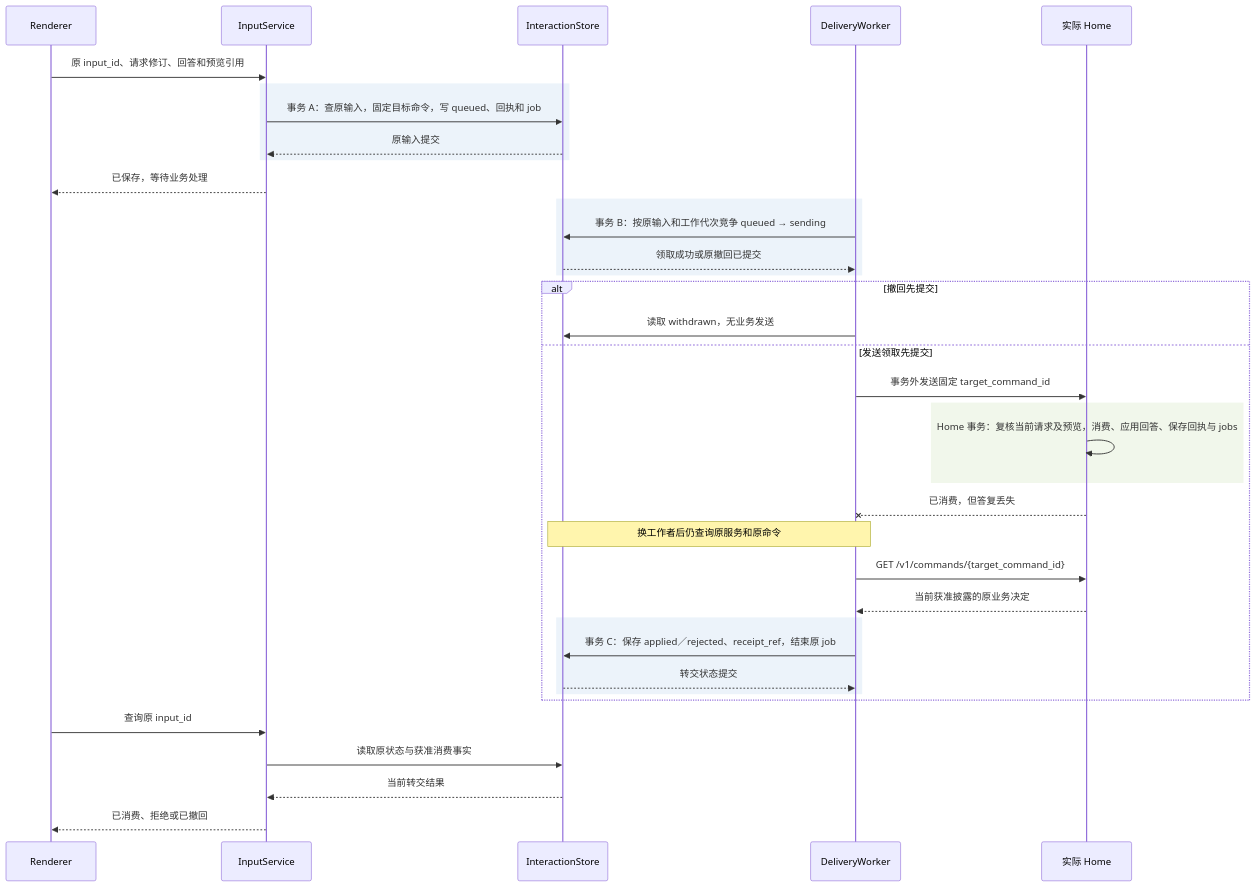
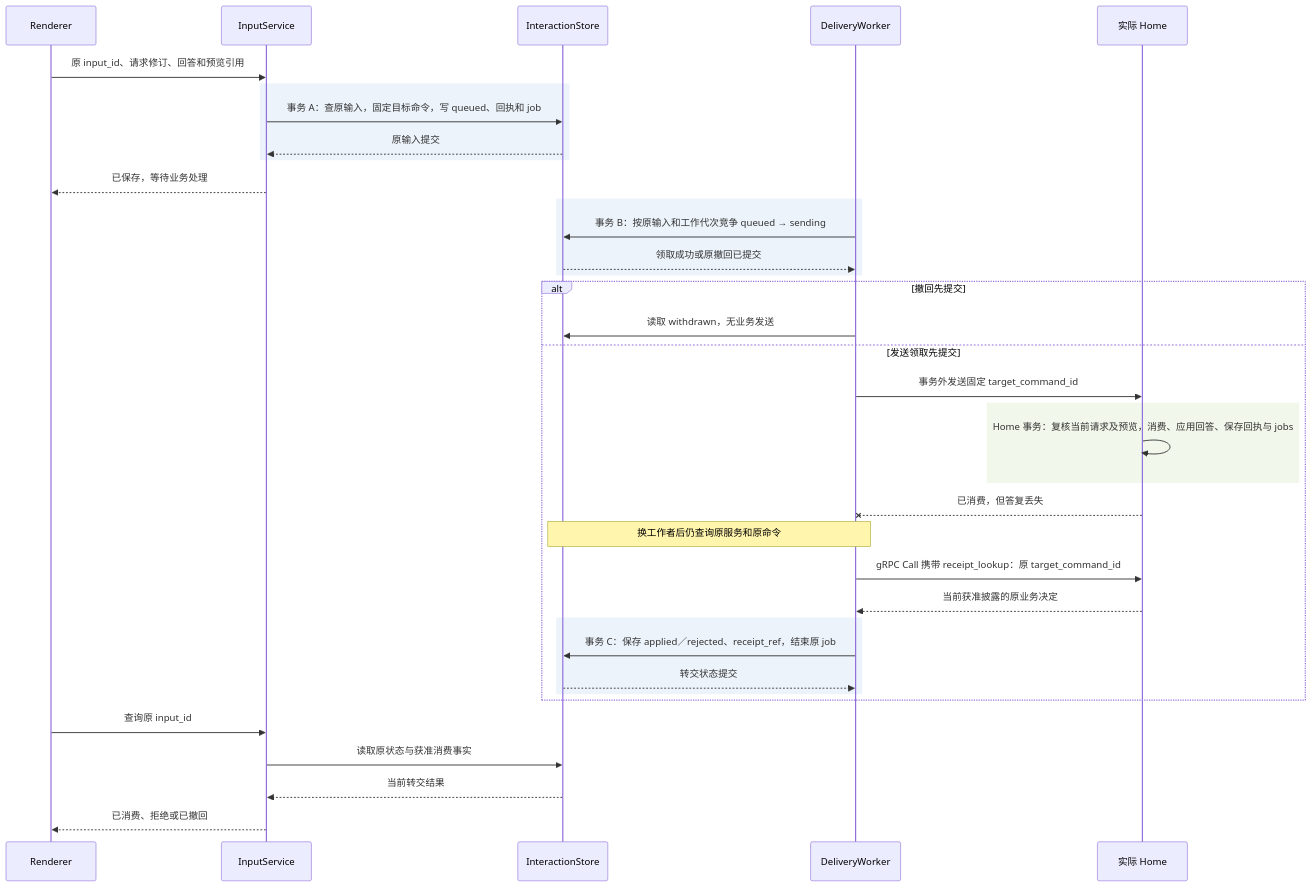
Before and after one commit to ruipengliu/lerna: the fifth of 5 diagrams in docs/architecture/interaction/implementation.md, drawn with Mermaid. The commit also changed other lines of this file and 103 other files, not shown here.

Commit message:
docs: expand architecture contracts and UML models

````diff
--- a/docs/architecture/interaction/implementation.md
+++ b/docs/architecture/interaction/implementation.md
@@ -286,38 +298,38 @@
 ```mermaid
 sequenceDiagram
     participant U as Renderer
     participant I as InputService
     participant S as InteractionStore
     participant W as DeliveryWorker
     participant H as 实际 Home
     U->>I: 原 input_id、请求修订、回答和预览引用
     rect rgb(236, 243, 250)
       I->>S: 事务 A：查原输入，固定目标命令，写 queued、回执和 job
       S-->>I: 原输入提交
     end
     I-->>U: 已保存，等待业务处理
     rect rgb(236, 243, 250)
       W->>S: 事务 B：按原输入和工作代次竞争 queued → sending
       S-->>W: 领取成功或原撤回已提交
     end
     alt 撤回先提交
       W->>S: 读取 withdrawn，无业务发送
     else 发送领取先提交
       W->>H: 事务外发送固定 target_command_id
       rect rgb(241, 247, 235)
         H->>H: Home 事务：复核当前请求及预览，消费、应用回答、保存回执与 jobs
       end
       H--xW: 已消费，但答复丢失
       Note over W,S: 换工作者后仍查询原服务和原命令
-      W->>H: GET /v1/commands/{target_command_id}
+      W->>H: gRPC Call 携带 receipt_lookup：原 target_command_id
       H-->>W: 当前获准披露的原业务决定
       rect rgb(236, 243, 250)
         W->>S: 事务 C：保存 applied／rejected、receipt_ref，结束原 job
         S-->>W: 转交状态提交
       end
     end
     U->>I: 查询原 input_id
     I->>S: 读取原状态与获准消费事实
     S-->>I: 当前转交结果
     I-->>U: 已消费、拒绝或已撤回
 ```
````
